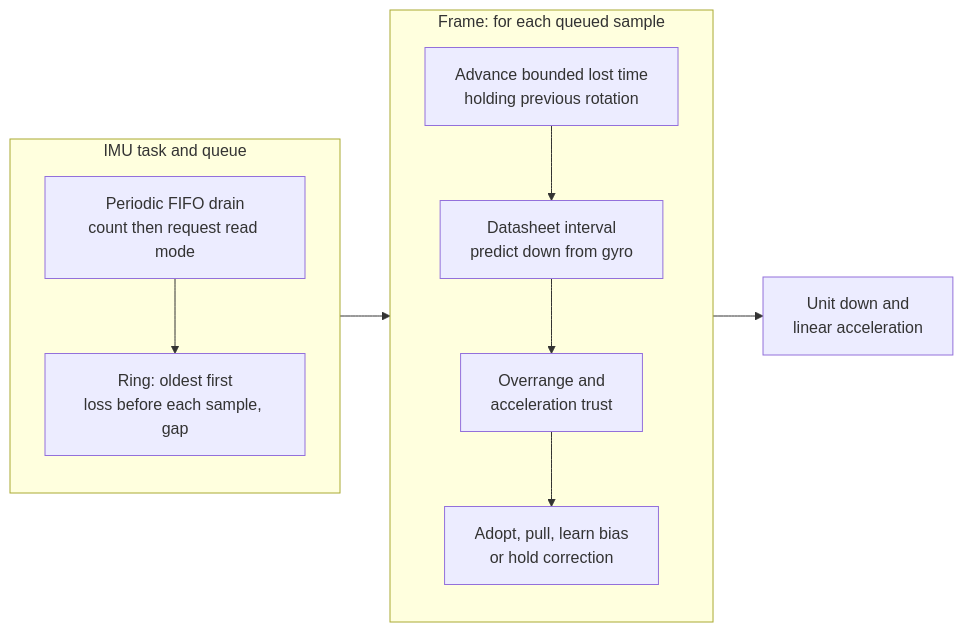
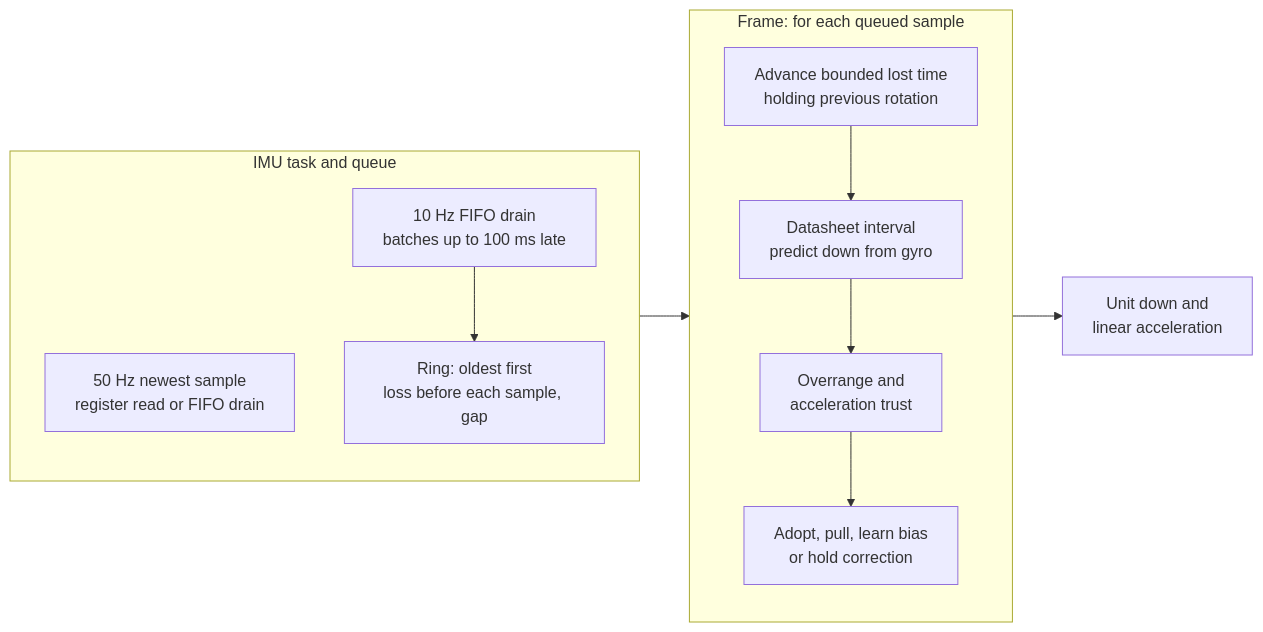
The diagram in docs/input/Gravity.md (jose-villegas/autana), drawn with Mermaid before and after one commit. The commit also changed other lines of this file and 3 other files, not shown here.

Commit message:
imu: split newest reads from FIFO drain cadence

````diff
--- a/docs/input/Gravity.md
+++ b/docs/input/Gravity.md
@@ -27,13 +30,14 @@
 ```mermaid
 flowchart LR
     subgraph Input["IMU task and queue"]
-        Drain["Periodic FIFO drain<br/>count then request read mode"] --> Batch["Ring: oldest first<br/>loss before each sample, gap"]
+        Newest["50 Hz newest sample<br/>register read or FIFO drain"]
+        Drain["10 Hz FIFO drain<br/>batches up to 100 ms late"] --> Batch["Ring: oldest first<br/>loss before each sample, gap"]
     end
     subgraph Update["Frame: for each queued sample"]
         Missing["Advance bounded lost time<br/>holding previous rotation"] --> Predict["Datasheet interval<br/>predict down from gyro"]
         Predict --> Judge["Overrange and<br/>acceleration trust"]
         Judge --> Correct["Adopt, pull, learn bias<br/>or hold correction"]
     end
     Linear["Unit down and<br/>linear acceleration"]
     Input --> Update --> Linear
 ```
````
